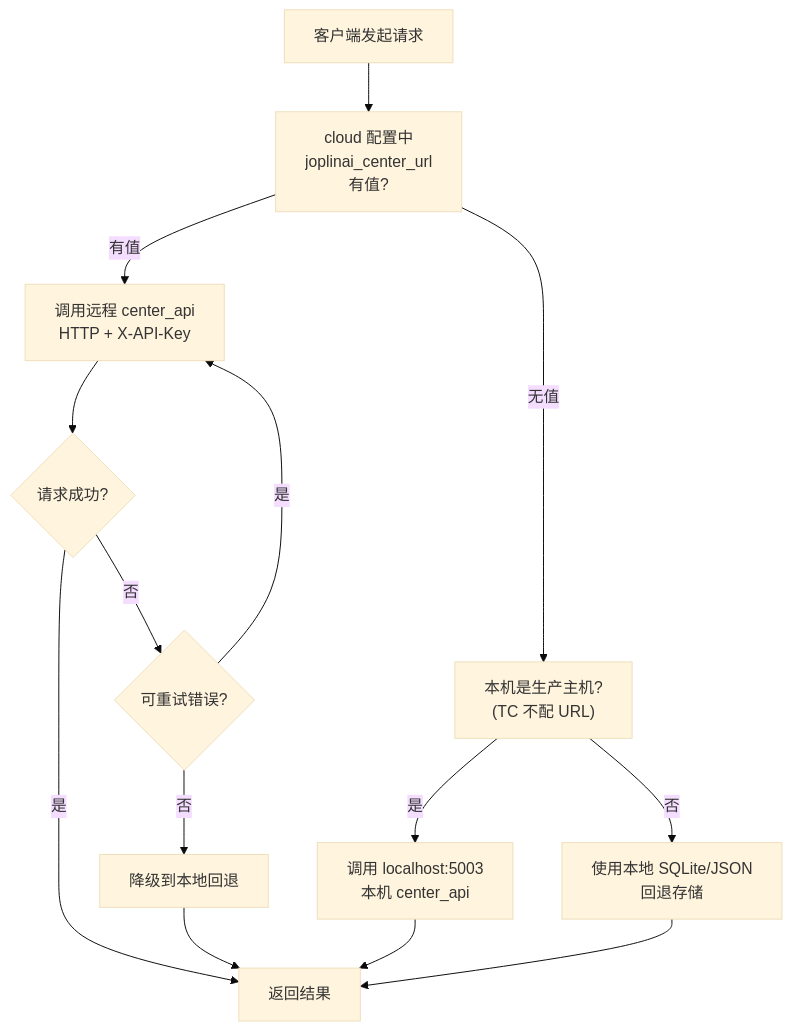
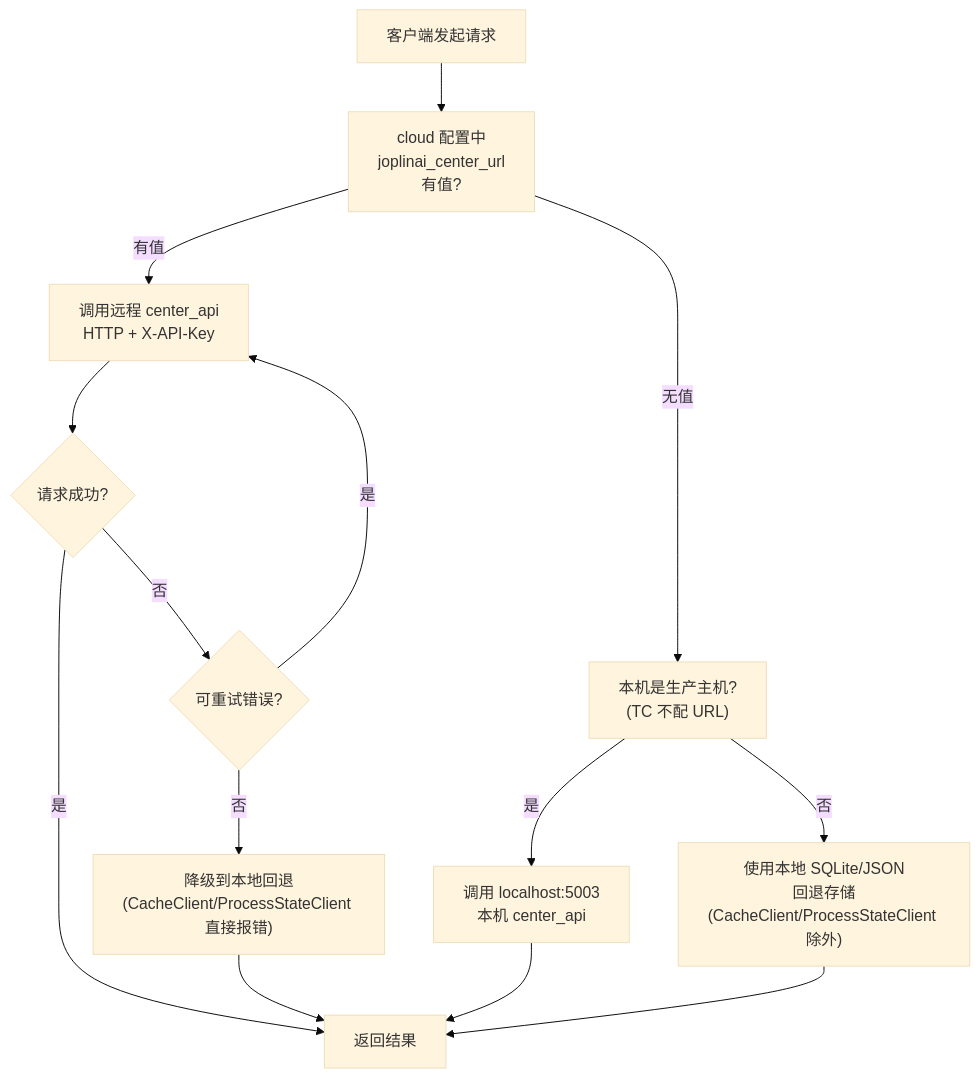
Before and after one commit to heart5/joplinai: the sixth of 10 diagrams in docs/TECHNICAL_MANUAL.md, drawn with Mermaid (base theme). The commit also changed other lines of this file and 1 other file, not shown here.

````diff
--- a/docs/TECHNICAL_MANUAL.md
+++ b/docs/TECHNICAL_MANUAL.md
@@ -283,17 +286,17 @@
 ```mermaid
 flowchart TD
     START["客户端发起请求"] --> CHECK_URL["cloud 配置中<br/>joplinai_center_url<br/>有值?"]
     CHECK_URL -->|"有值"| REMOTE["调用远程 center_api<br/>HTTP + X-API-Key"]
     CHECK_URL -->|"无值"| IS_TC["本机是生产主机?<br/>(TC 不配 URL)"]
     IS_TC -->|"是"| LOCALHOST["调用 localhost:5003<br/>本机 center_api"]
-    IS_TC -->|"否"| FALLBACK["使用本地 SQLite/JSON<br/>回退存储"]
+    IS_TC -->|"否"| FALLBACK["使用本地 SQLite/JSON<br/>回退存储<br/>(CacheClient/ProcessStateClient 除外)"]
 
     REMOTE --> RESULT_OK{"请求成功?"}
     RESULT_OK -->|"是"| RETURN["返回结果"]
     RESULT_OK -->|"否"| RETRY{"可重试错误?"}
     RETRY -->|"是"| REMOTE
-    RETRY -->|"否"| USE_FALLBACK["降级到本地回退"]
+    RETRY -->|"否"| USE_FALLBACK["降级到本地回退<br/>(CacheClient/ProcessStateClient 直接报错)"]
     USE_FALLBACK --> RETURN
     LOCALHOST --> RETURN
     FALLBACK --> RETURN
 ```
````
